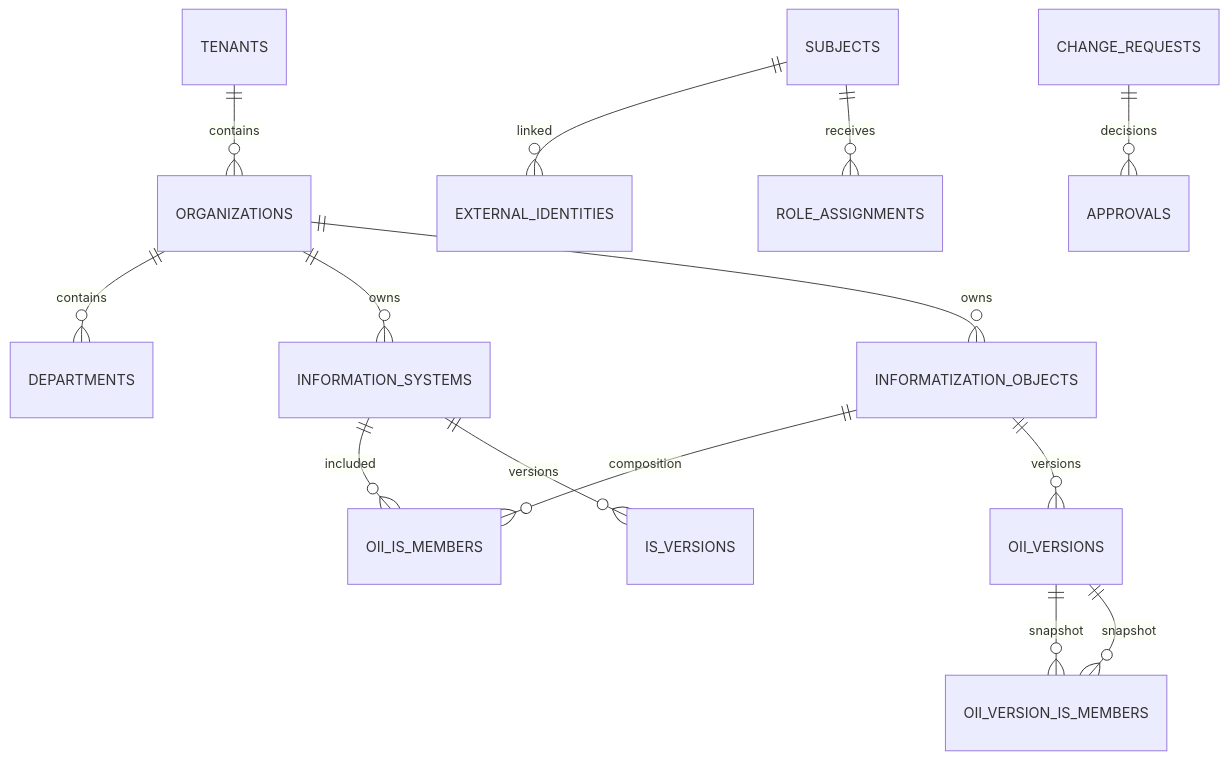
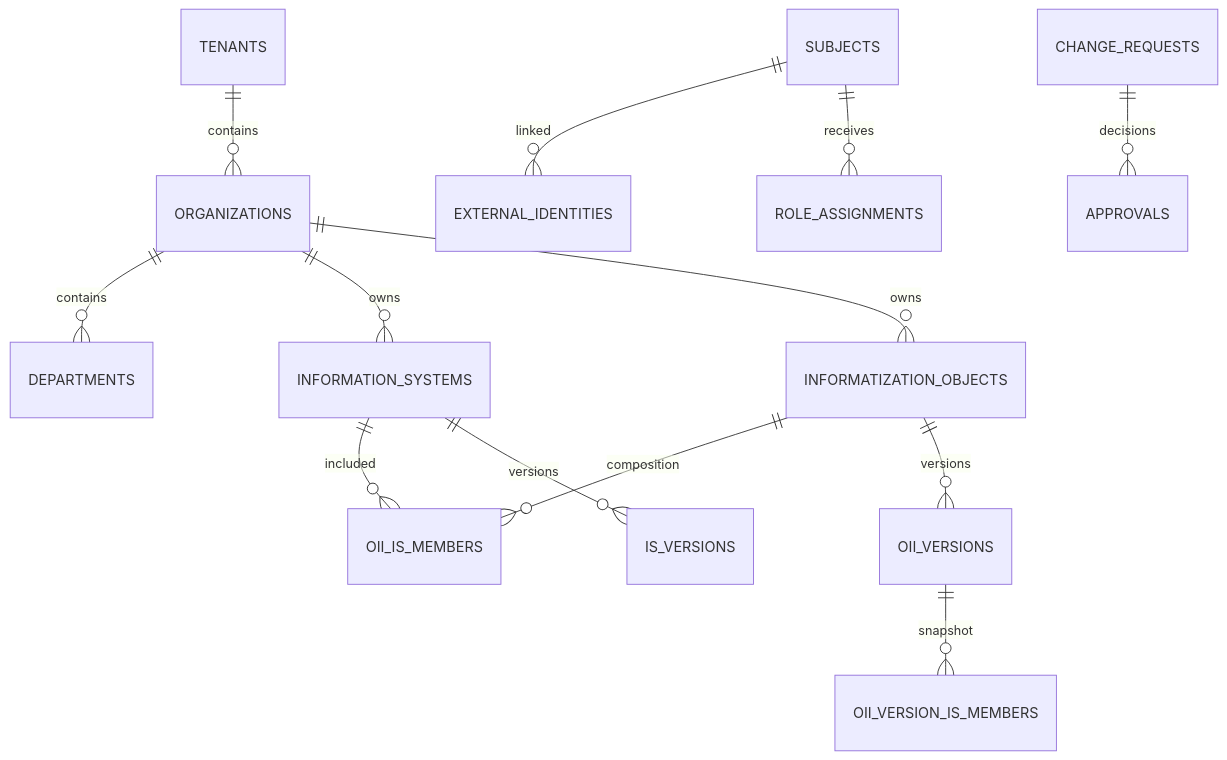
Before and after one commit to balzorn/e5-atlasis: the diagram in docs/architecture/data-model-v1.md, drawn with Mermaid. The commit also changed other lines of this file, not shown here.

Commit message:
docs: tidy data model ER diagram and wording

````diff
--- a/docs/architecture/data-model-v1.md
+++ b/docs/architecture/data-model-v1.md
@@ -36,16 +36,15 @@
 ```mermaid
 erDiagram
     TENANTS ||--o{ ORGANIZATIONS : contains
     ORGANIZATIONS ||--o{ DEPARTMENTS : contains
     ORGANIZATIONS ||--o{ INFORMATION_SYSTEMS : owns
     ORGANIZATIONS ||--o{ INFORMATIZATION_OBJECTS : owns
     INFORMATIZATION_OBJECTS ||--o{ OII_IS_MEMBERS : composition
     INFORMATION_SYSTEMS ||--o{ OII_IS_MEMBERS : included
     SUBJECTS ||--o{ EXTERNAL_IDENTITIES : linked
     SUBJECTS ||--o{ ROLE_ASSIGNMENTS : receives
     INFORMATION_SYSTEMS ||--o{ IS_VERSIONS : versions
     INFORMATIZATION_OBJECTS ||--o{ OII_VERSIONS : versions
     OII_VERSIONS ||--o{ OII_VERSION_IS_MEMBERS : snapshot
-    OII_VERSIONS ||--o{ OII_VERSION_IS_MEMBERS : snapshot
     CHANGE_REQUESTS ||--o{ APPROVALS : decisions
 ```
````
